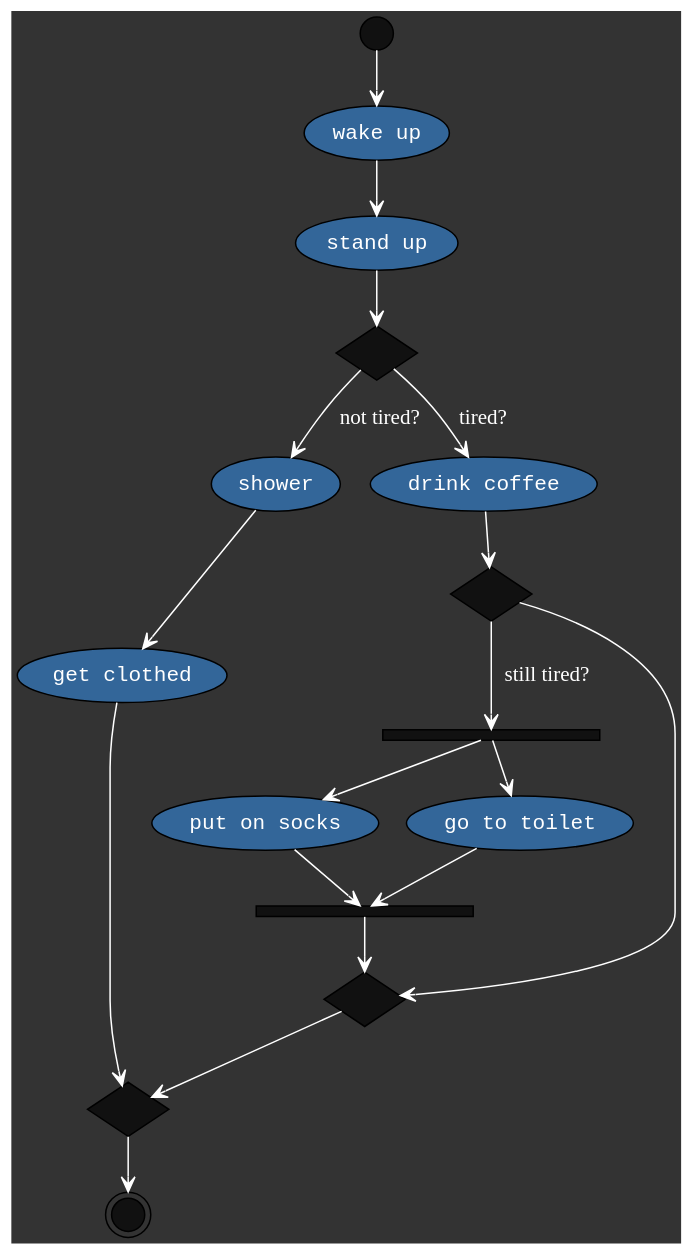
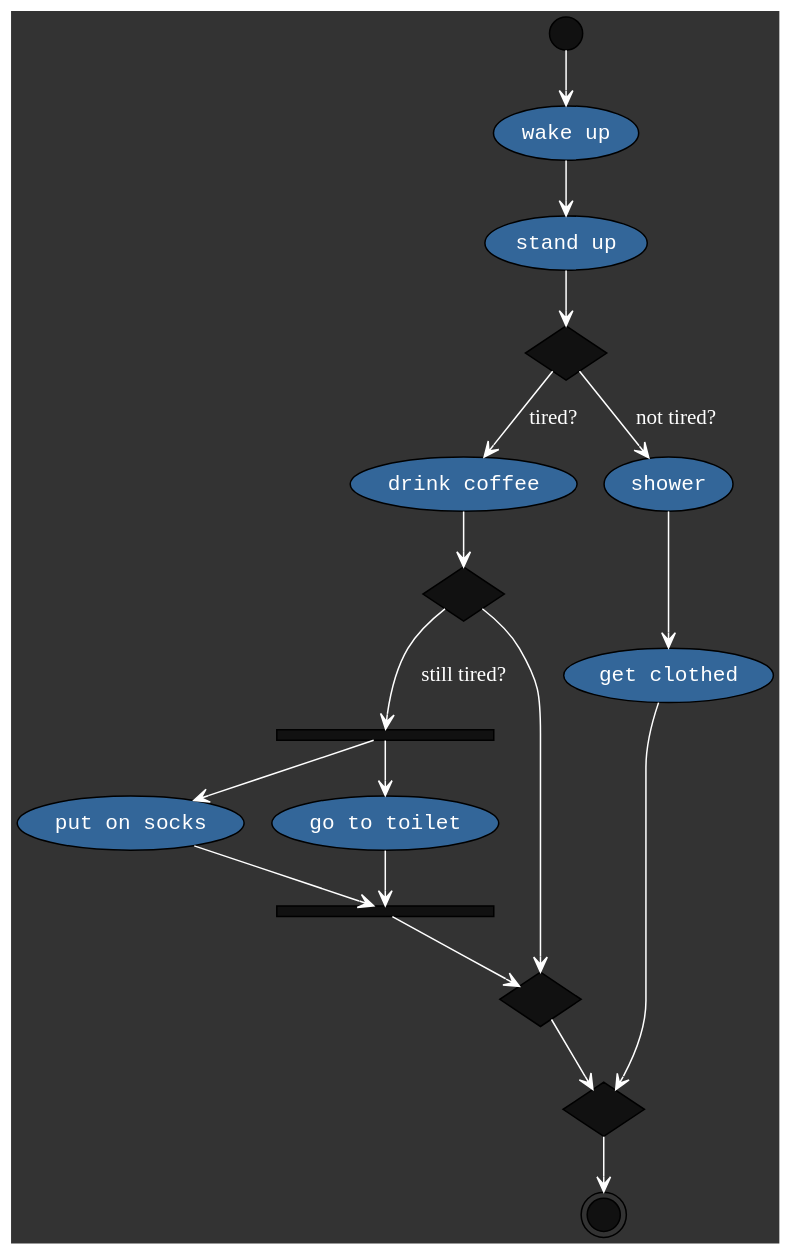
The diagram in examples/simple_test.yaml.png.dot (windler/AwesM), drawn with Graphviz before and after one commit. The commit also changed 13 other files, not shown here.

Commit message:
added ability to create LR diagrams

```diff
--- a/examples/simple_test.yaml.png.dot
+++ b/examples/simple_test.yaml.png.dot
@@ -1,37 +1,37 @@
 digraph  {
 graph [bgcolor="#333333"]
-node [fillcolor="#336699" style="filled" fontcolor="white" fontname="Courier" shape="oval"]
-edge [splines="curved" arrowhead="open" color="white" fontcolor="white"]
-"wake up"
-"wake up"->"stand up"
+node [style="filled" fontcolor="white" fontname="Courier" shape="oval" fillcolor="#336699"]
+edge [arrowhead="open" color="white" fontcolor="white" splines="curved"]
+"drink coffee"
+"drink coffee"->"cond_6129484611666145821"
+"cond_6129484611666145821"[shape="diamond" label="" fillcolor="#111111"]
+"cond_6129484611666145821"->"cond_3916589616287113937"[label="still tired?"]
+"cond_6129484611666145821"->"join_4037200794235010051"
 "cond_5577006791947779410"[shape="diamond" label="" fillcolor="#111111"]
 "cond_5577006791947779410"->"shower"[label="not tired?"]
 "cond_5577006791947779410"->"drink coffee"[label="tired?"]
-"drink coffee"
-"drink coffee"->"cond_6129484611666145821"
+"join_8674665223082153551"[shape="diamond" label="" fillcolor="#111111"]
+"join_8674665223082153551"->"end"
+"stand up"
+"stand up"->"cond_5577006791947779410"
+"cond_3916589616287113937"[height="0.1" width="2" shape="rectangle" label="" fillcolor="#111111"]
+"cond_3916589616287113937"->"put on socks"
+"cond_3916589616287113937"->"go to toilet"
+"put on socks"
+"put on socks"->"join_6334824724549167320"
+"join_4037200794235010051"[shape="diamond" label="" fillcolor="#111111"]
+"join_4037200794235010051"->"join_8674665223082153551"
 "start"[shape="circle" label="" style="filled" fillcolor="#111111" height="0.3"]
 "start"->"wake up"
+"wake up"
+"wake up"->"stand up"
 "shower"
 "shower"->"get clothed"
 "get clothed"
 "get clothed"->"join_8674665223082153551"
-"cond_6129484611666145821"[shape="diamond" label="" fillcolor="#111111"]
-"cond_6129484611666145821"->"cond_3916589616287113937"[label="still tired?"]
-"cond_6129484611666145821"->"join_4037200794235010051"
-"cond_3916589616287113937"[width="2" shape="rectangle" label="" fillcolor="#111111" height="0.1"]
-"cond_3916589616287113937"->"put on socks"
-"cond_3916589616287113937"->"go to toilet"
-"put on socks"
-"put on socks"->"join_6334824724549167320"
-"stand up"
-"stand up"->"cond_5577006791947779410"
 "go to toilet"
 "go to toilet"->"join_6334824724549167320"
-"join_4037200794235010051"[shape="diamond" label="" fillcolor="#111111"]
-"join_4037200794235010051"->"join_8674665223082153551"
 "join_6334824724549167320"[shape="rectangle" label="" fillcolor="#111111" height="0.1" width="2"]
 "join_6334824724549167320"->"join_4037200794235010051"
-"join_8674665223082153551"[shape="diamond" label="" fillcolor="#111111"]
-"join_8674665223082153551"->"end"
 "end"[shape="doublecircle" label="" style="filled" fillcolor="#111111" height="0.3"]
 }
```
